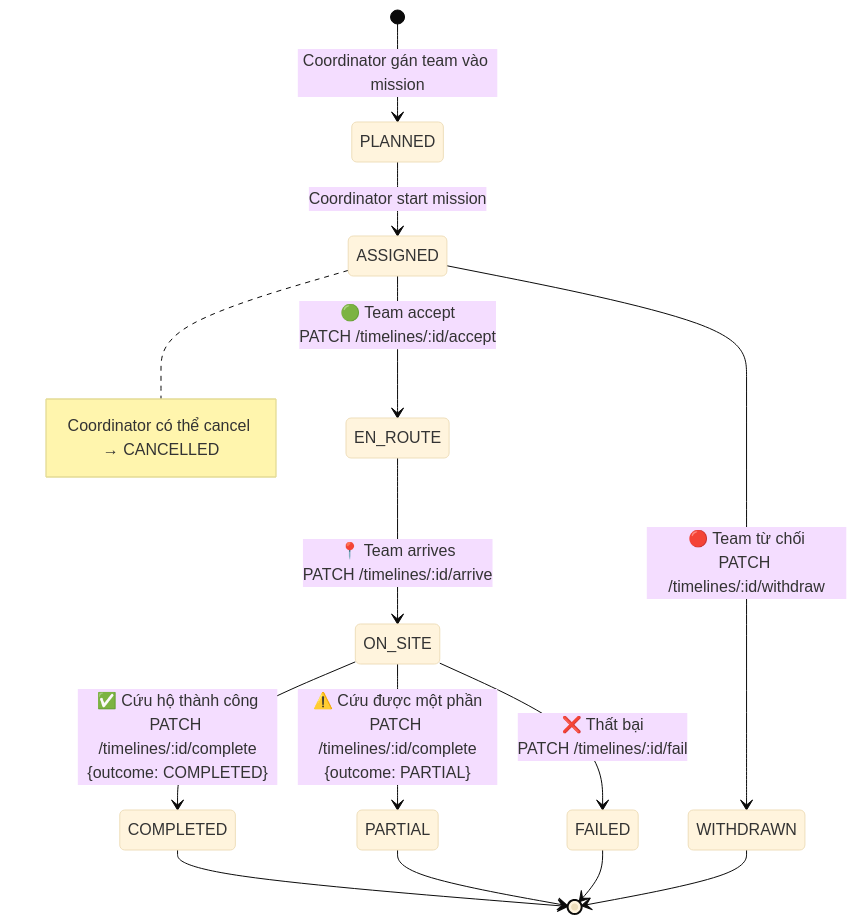
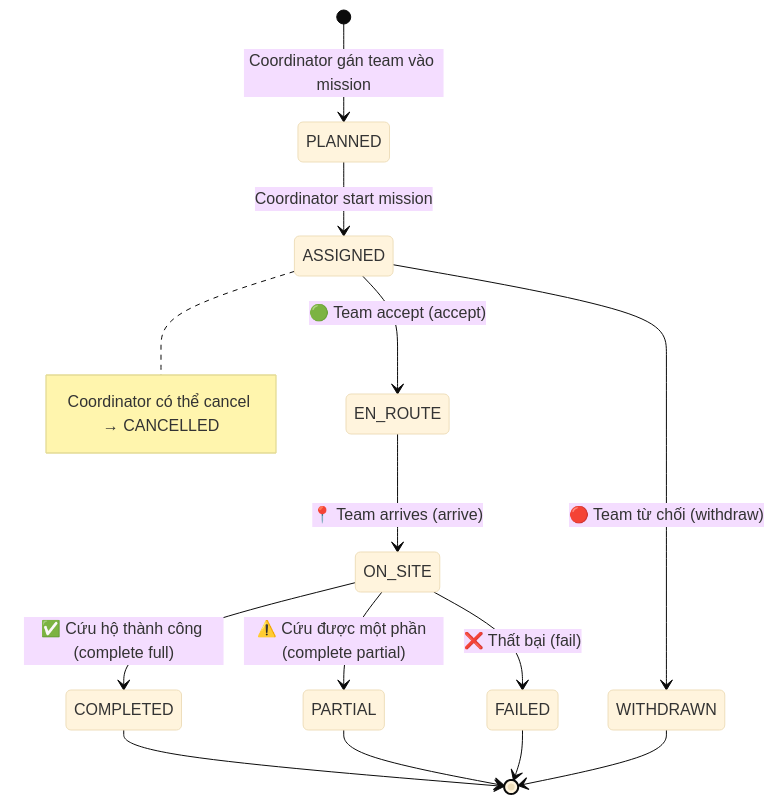
One commit to phuonganh1609/flood_rescue changed the third of 10 diagrams in docs/flows/Team_flows.md. Above: the diagram before and after it, drawn with Mermaid (base theme). The commit also changed other lines of this file and 11 other files, not shown here.

Commit message:
feat: sửa gì ko nhớ nữa, gì đó về timeline và mission

````diff
--- a/docs/flows/Team_flows.md
+++ b/docs/flows/Team_flows.md
@@ -85,22 +87,22 @@
 ```mermaid
 stateDiagram-v2
     [*] --> PLANNED : Coordinator gán team vào mission
 
     PLANNED --> ASSIGNED : Coordinator start mission
 
-    ASSIGNED --> EN_ROUTE : 🟢 Team accept<br/>PATCH /timelines/:id/accept
-    ASSIGNED --> WITHDRAWN : 🔴 Team từ chối<br/>PATCH /timelines/:id/withdraw
+    ASSIGNED --> EN_ROUTE : 🟢 Team accept (accept)
+    ASSIGNED --> WITHDRAWN : 🔴 Team từ chối (withdraw)
 
-    EN_ROUTE --> ON_SITE : 📍 Team arrives<br/>PATCH /timelines/:id/arrive
+    EN_ROUTE --> ON_SITE : 📍 Team arrives (arrive)
 
-    ON_SITE --> COMPLETED : ✅ Cứu hộ thành công<br/>PATCH /timelines/:id/complete<br/>{outcome: COMPLETED}
-    ON_SITE --> PARTIAL : ⚠️ Cứu được một phần<br/>PATCH /timelines/:id/complete<br/>{outcome: PARTIAL}
-    ON_SITE --> FAILED : ❌ Thất bại<br/>PATCH /timelines/:id/fail
+    ON_SITE --> COMPLETED : ✅ Cứu hộ thành công (complete full)
+    ON_SITE --> PARTIAL : ⚠️ Cứu được một phần (complete partial)
+    ON_SITE --> FAILED : ❌ Thất bại (fail)
 
     note right of ASSIGNED : Coordinator có thể cancel → CANCELLED
 
     COMPLETED --> [*]
     PARTIAL --> [*]
     FAILED --> [*]
     WITHDRAWN --> [*]
 ```
````
